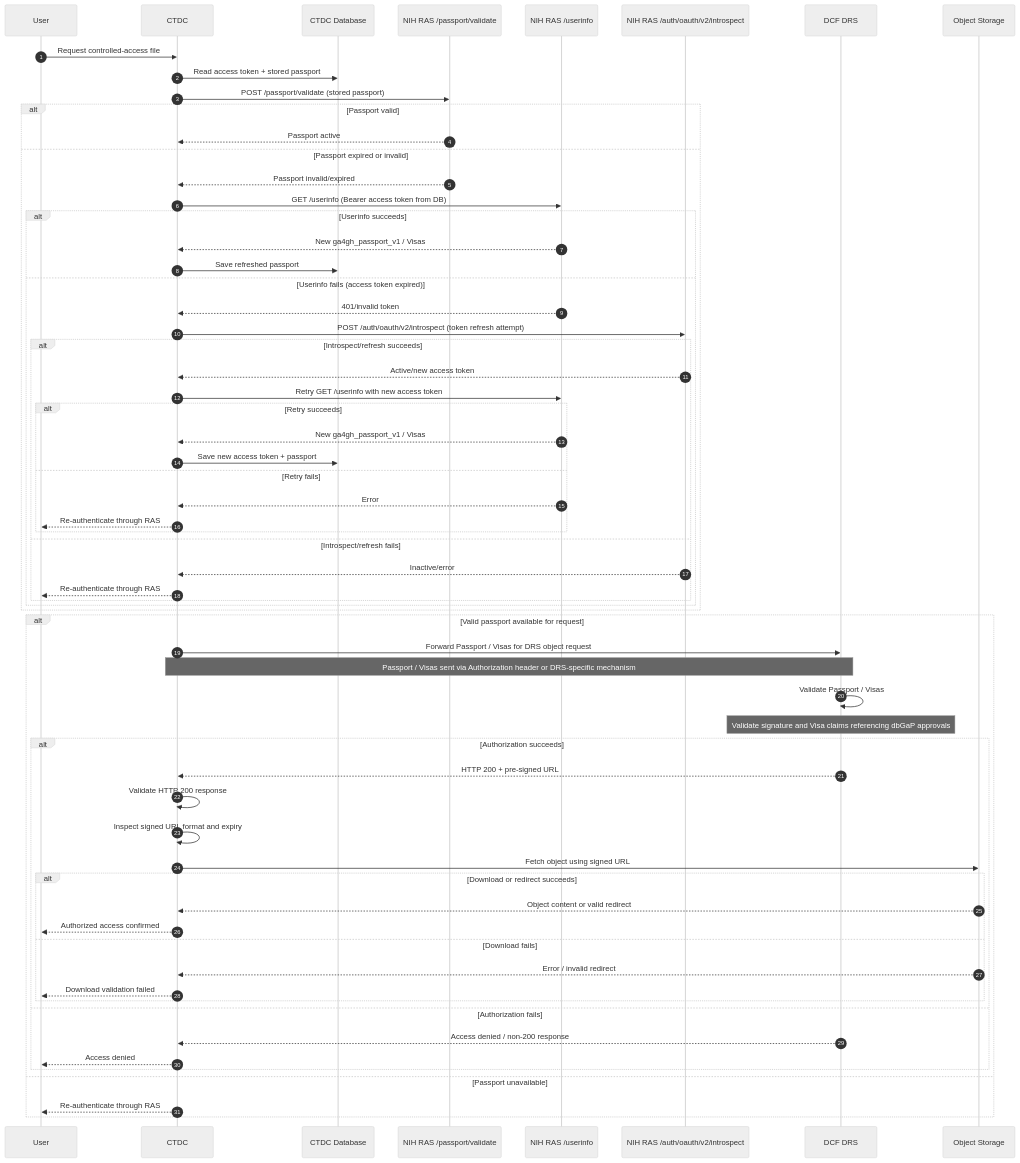
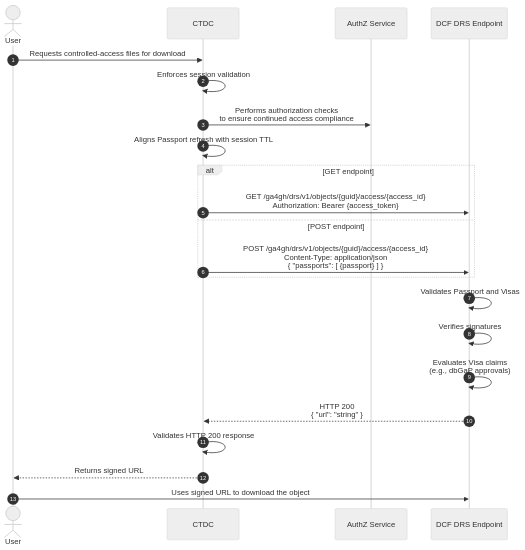
The second of 3 diagrams in docs/RAS.md (CBIIT/crdc-ctdc-authn), drawn with Mermaid (neutral theme) before and after one commit. The commit also changed other lines of this file and 25 other files, not shown here.

````diff
--- a/docs/RAS.md
+++ b/docs/RAS.md
@@ -223,69 +370,30 @@
 ```mermaid
 sequenceDiagram
-autonumber
-participant User
-participant CTDC as CTDC
-participant DB as CTDC Database
-participant RASV as NIH RAS /passport/validate
-participant RASU as NIH RAS /userinfo
-participant RASI as NIH RAS /auth/oauth/v2/introspect
-participant DCF as DCF DRS
-participant Storage as Object Storage
+    autonumber
+    actor User
+    participant CTDC
+    participant AuthZ as AuthZ Service
+    participant DCF as DCF DRS Endpoint
 
-User->>CTDC: Request controlled-access file
-CTDC->>DB: Read access token + stored passport
-CTDC->>RASV: POST /passport/validate (stored passport)
-alt Passport valid
-  RASV-->>CTDC: Passport active
-else Passport expired or invalid
-  RASV-->>CTDC: Passport invalid/expired
-  CTDC->>RASU: GET /userinfo (Bearer access token from DB)
-  alt Userinfo succeeds
-    RASU-->>CTDC: New ga4gh_passport_v1 / Visas
-    CTDC->>DB: Save refreshed passport
-  else Userinfo fails (access token expired)
-    RASU-->>CTDC: 401/invalid token
-    CTDC->>RASI: POST /auth/oauth/v2/introspect (token refresh attempt)
-    alt Introspect/refresh succeeds
-      RASI-->>CTDC: Active/new access token
-      CTDC->>RASU: Retry GET /userinfo with new access token
-      alt Retry succeeds
-        RASU-->>CTDC: New ga4gh_passport_v1 / Visas
-        CTDC->>DB: Save new access token + passport
-      else Retry fails
-        RASU-->>CTDC: Error
-        CTDC-->>User: Re-authenticate through RAS
-      end
-    else Introspect/refresh fails
-      RASI-->>CTDC: Inactive/error
-      CTDC-->>User: Re-authenticate through RAS
+    User->>CTDC: Requests controlled-access files for download
+
+    CTDC->>CTDC: Enforces session validation
+    CTDC->>AuthZ: Performs authorization checks<br/>to ensure continued access compliance
+    CTDC->>CTDC: Aligns Passport refresh with session TTL
+
+    alt GET endpoint
+        CTDC->>DCF: GET /ga4gh/drs/v1/objects/{guid}/access/{access_id}<br/>Authorization: Bearer {access_token}
+    else POST endpoint
+        CTDC->>DCF: POST /ga4gh/drs/v1/objects/{guid}/access/{access_id}<br/>Content-Type: application/json<br/>{ "passports": [ {passport} ] }
     end
-  end
-end
 
-alt Valid passport available for request
-  CTDC->>DCF: Forward Passport / Visas for DRS object request
-  Note over CTDC,DCF: Passport / Visas sent via Authorization header or DRS-specific mechanism
-  DCF->>DCF: Validate Passport / Visas
-  Note over DCF: Validate signature and Visa claims referencing dbGaP approvals
+    DCF->>DCF: Validates Passport and Visas
+    DCF->>DCF: Verifies signatures
+    DCF->>DCF: Evaluates Visa claims<br/>(e.g., dbGaP approvals)
 
-  alt Authorization succeeds
-    DCF-->>CTDC: HTTP 200 + pre-signed URL
-    CTDC->>CTDC: Validate HTTP 200 response
-    CTDC->>CTDC: Inspect signed URL format and expiry
-    CTDC->>Storage: Fetch object using signed URL
-    alt Download or redirect succeeds
-      Storage-->>CTDC: Object content or valid redirect
-      CTDC-->>User: Authorized access confirmed
-    else Download fails
-      Storage-->>CTDC: Error / invalid redirect
-      CTDC-->>User: Download validation failed
-    end
-  else Authorization fails
-    DCF-->>CTDC: Access denied / non-200 response
-    CTDC-->>User: Access denied
-  end
-else Passport unavailable
-  CTDC-->>User: Re-authenticate through RAS
-end
+    DCF-->>CTDC: HTTP 200<br/>{ "url": "string" }
+    CTDC->>CTDC: Validates HTTP 200 response
+    CTDC-->>User: Returns signed URL
+    User->>DCF: Uses signed URL to download the object
+    
 ```
````
